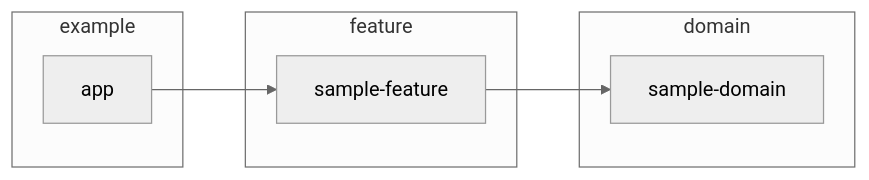
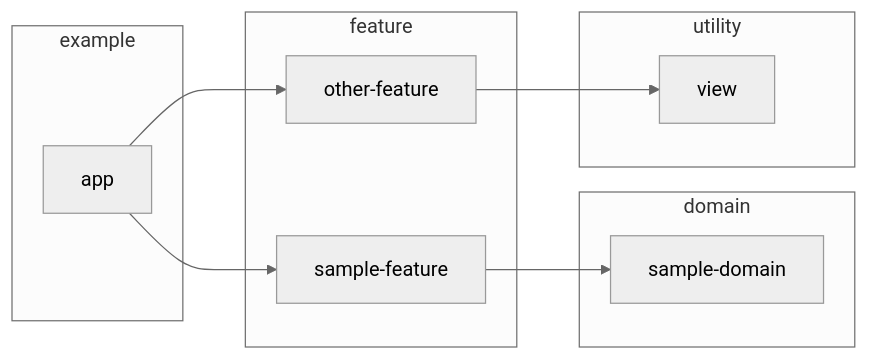
Before and after one commit to bopbi/metrics: the diagram in example/graph.md, drawn with Mermaid. The commit also changed 15 other files, not shown here.

Commit message:
add more sample to show an extensive graph

````diff
--- a/example/graph.md
+++ b/example/graph.md
@@ -1,21 +1,27 @@
 ```mermaid
 %%{
   init: {
     'theme': 'neutral'
   }
 }%%
 
 graph LR
   subgraph example
     app
   end
   subgraph domain
     sample-domain
   end
   subgraph feature
+    other-feature
     sample-feature
   end
+  subgraph utility
+    view
+  end
   app --> sample-feature
+  app --> other-feature
+  other-feature --> view
   sample-feature --> sample-domain
 
 ```
````
